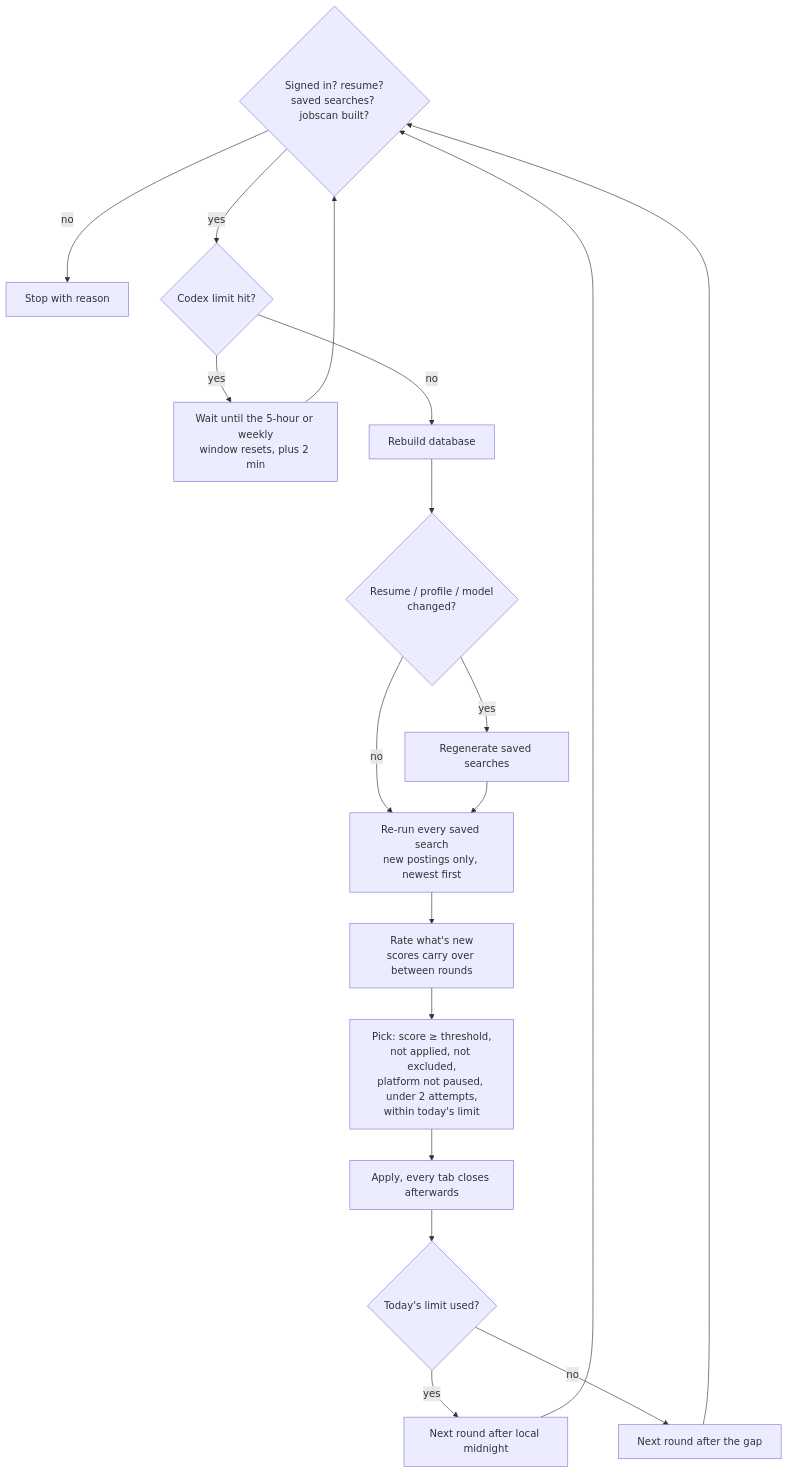
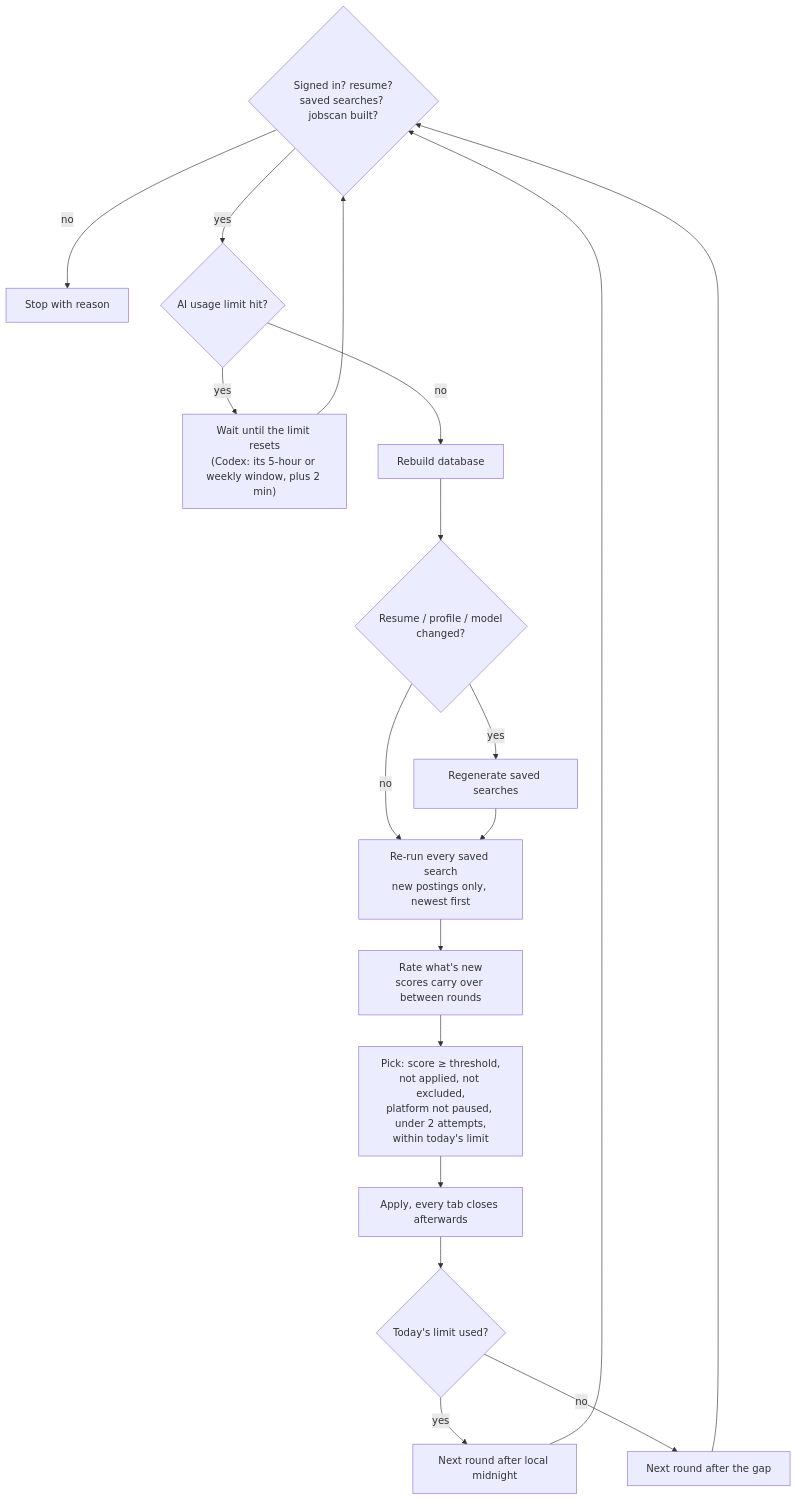
One commit to tarunmovva/JobScanAI changed the fifth of 5 diagrams in README.md. Above: the diagram before and after it, drawn with Mermaid. The commit also changed other lines of this file and 21 other files, not shown here.

````diff
--- a/README.md
+++ b/README.md
@@ -571,20 +578,20 @@
 ```mermaid
 flowchart TD
     P{"Signed in? resume?<br/>saved searches? jobscan built?"} -- no --> STOP["Stop with reason"]
-    P -- yes --> L{"Codex limit hit?"}
-    L -- yes --> W["Wait until the 5-hour or weekly<br/>window resets, plus 2 min"]
+    P -- yes --> L{"AI usage limit hit?"}
+    L -- yes --> W["Wait until the limit resets<br/>(Codex: its 5-hour or weekly window, plus 2 min)"]
     L -- no --> RB["Rebuild database"]
     RB --> RG{"Resume / profile / model<br/>changed?"}
     RG -- yes --> NQ["Regenerate saved searches"]
     RG -- no --> RS
     NQ --> RS["Re-run every saved search<br/>new postings only, newest first"]
     RS --> RT["Rate what's new<br/>scores carry over between rounds"]
     RT --> SEL["Pick: score ≥ threshold,<br/>not applied, not excluded,<br/>platform not paused, under 2 attempts,<br/>within today's limit"]
     SEL --> AP["Apply, every tab closes afterwards"]
     AP --> NX{"Today's limit used?"}
     NX -- yes --> MID["Next round after local midnight"]
     NX -- no --> GAP["Next round after the gap"]
     W --> P
     MID --> P
     GAP --> P
 ```
````
